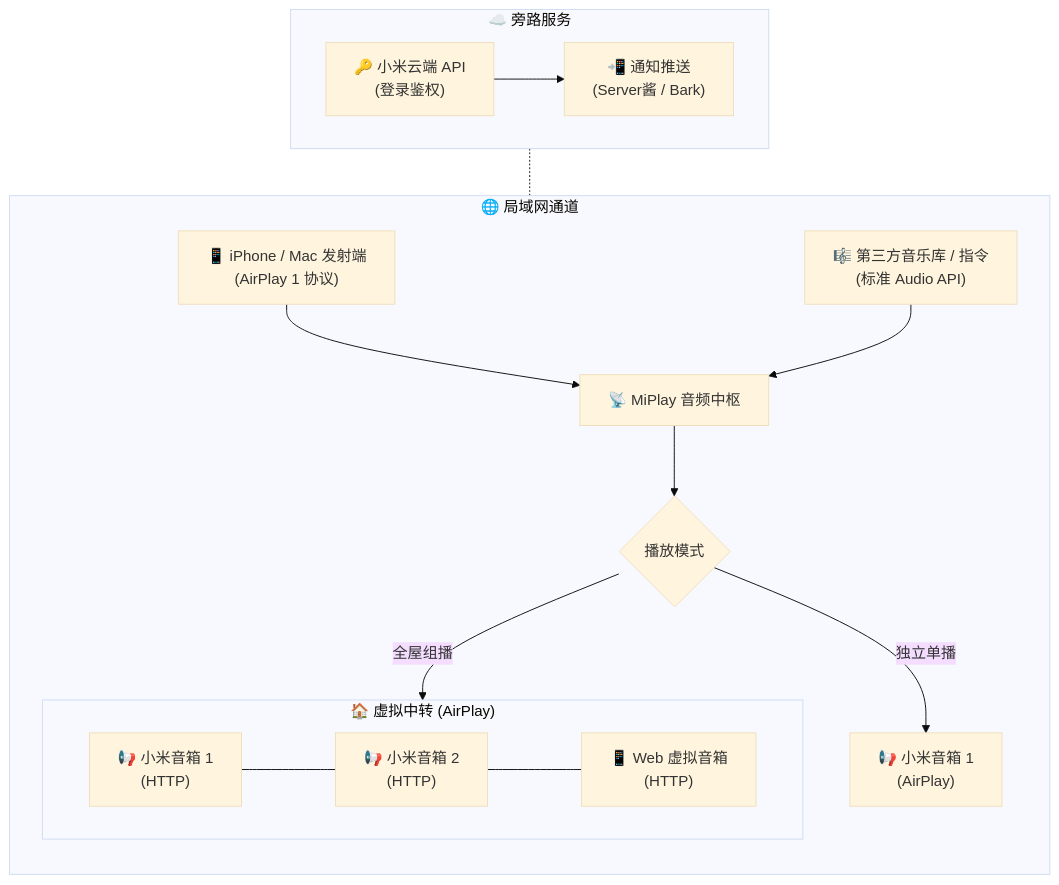
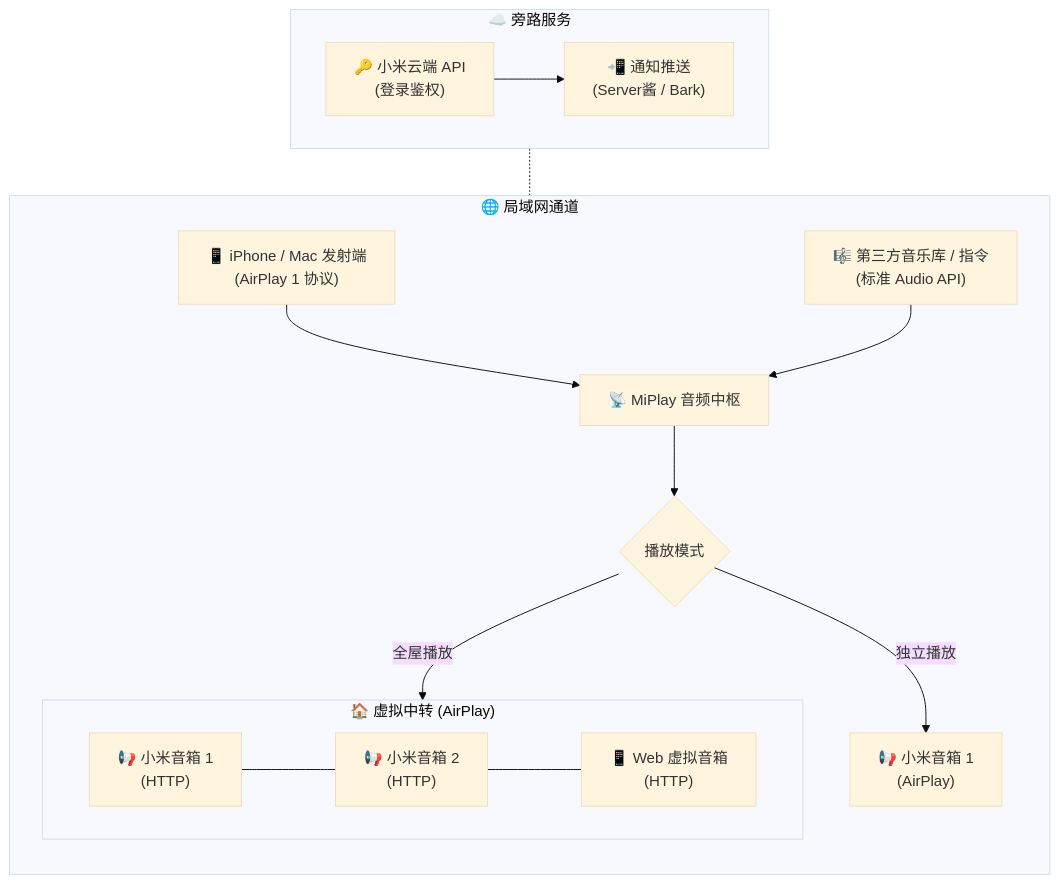
One commit to juneix/MiPlay2 changed the diagram in README.md. Above: the diagram before and after it, drawn with Mermaid (base theme). The commit also changed other lines of this file and 6 other files, not shown here.

````diff
--- a/README.md
+++ b/README.md
@@ -40,25 +40,25 @@
 ```mermaid
 flowchart TD
     subgraph Side ["☁️ 旁路服务"]
         direction LR
         Cloud["🔑 小米云端 API<br/>(登录鉴权)"] --> Notify["📲 通知推送<br/>(Server酱 / Bark)"]
     end
 
     subgraph LAN ["🌐 局域网通道"]
         direction TD
         A1["📱 iPhone / Mac 发射端<br/>(AirPlay 1 协议)"] --> B["📡 MiPlay 音频中枢"]
         A2["🎼 第三方音乐库 / 指令<br/>(标准 Audio API)"] --> B
         
         B --> C{"播放模式"}
         
-        C -->|独立单播| D["📢 小米音箱 1<br/>(AirPlay)"]
-        C -->|全屋组播| E
+        C -->|独立播放| D["📢 小米音箱 1<br/>(AirPlay)"]
+        C -->|全屋播放| E
         
         subgraph E ["🏠 虚拟中转 (AirPlay)"]
             direction LR
             E1["📢 小米音箱 1<br/>(HTTP)"] --- E2["📢 小米音箱 2<br/>(HTTP)"] --- E3["📱 Web 虚拟音箱<br/>(HTTP)"]
         end
     end
 
     Side -.- LAN
 ```
````
